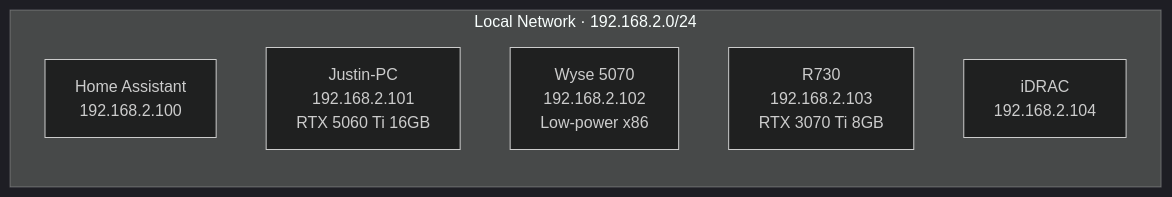
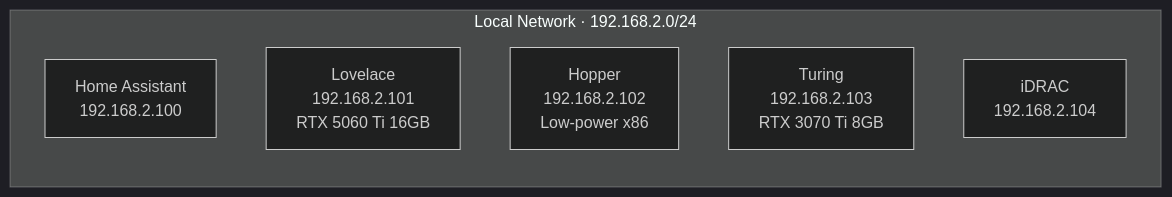
Before and after one commit to Misterobots/Agent_Swarm: the first of 2 diagrams in docs-site/docs/architecture/topology.md, drawn with Mermaid (dark theme). The commit also changed other lines of this file and 350 other files, not shown here.

````diff
--- a/docs-site/docs/architecture/topology.md
+++ b/docs-site/docs/architecture/topology.md
@@ -11,10 +11,10 @@
 ```mermaid
 graph LR
     subgraph LAN["Local Network · 192.168.2.0/24"]
         HA["Home Assistant<br/>192.168.2.100"]
-        Exec["Justin-PC<br/>192.168.2.101<br/>RTX 5060 Ti 16GB"]
-        Ctrl["Wyse 5070<br/>192.168.2.102<br/>Low-power x86"]
-        GW["R730<br/>192.168.2.103<br/>RTX 3070 Ti 8GB"]
+        Exec["Lovelace<br/>192.168.2.101<br/>RTX 5060 Ti 16GB"]
+        Ctrl["Hopper<br/>192.168.2.102<br/>Low-power x86"]
+        GW["Turing<br/>192.168.2.103<br/>RTX 3070 Ti 8GB"]
         iDRAC["iDRAC<br/>192.168.2.104"]
     end
 ```
````
